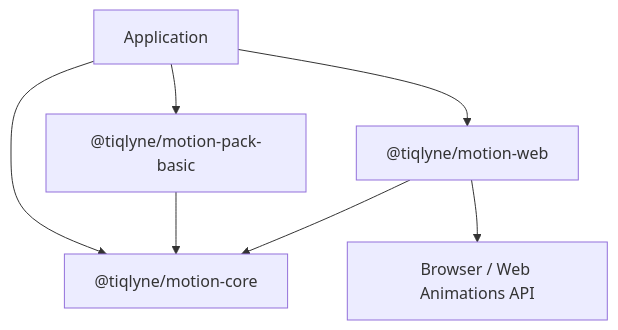
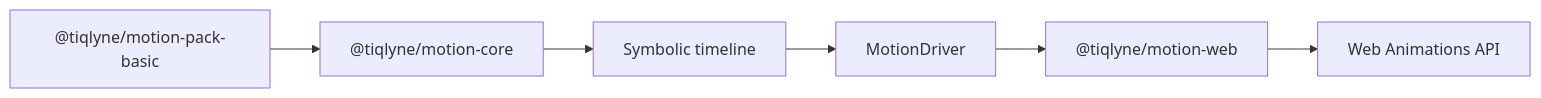
One commit to MoaazKHASSAWNEH/tiqlyne changed the diagram in website/docs/architecture/package-boundaries.md. Above: the diagram before and after it, drawn with Mermaid. The commit also changed 12 other files, not shown here.

````diff
--- a/website/docs/architecture/package-boundaries.md
+++ b/website/docs/architecture/package-boundaries.md
@@ -9,9 +9,8 @@
 ```mermaid
-flowchart TB
-  App["Application"] --> Core["@tiqlyne/motion-core"]
-  App --> Web["@tiqlyne/motion-web"]
-  App --> Pack["@tiqlyne/motion-pack-basic"]
-  Pack --> Core
-  Web --> Core
-  Web --> Browser["Browser / Web Animations API"]
+flowchart LR
+  Core["@tiqlyne/motion-core"] --> Timeline["Symbolic timeline"]
+  Timeline --> Contract["MotionDriver"]
+  Contract --> Web["@tiqlyne/motion-web"]
+  Web --> WAAPI["Web Animations API"]
+  Pack["@tiqlyne/motion-pack-basic"] --> Core
 ```
````
